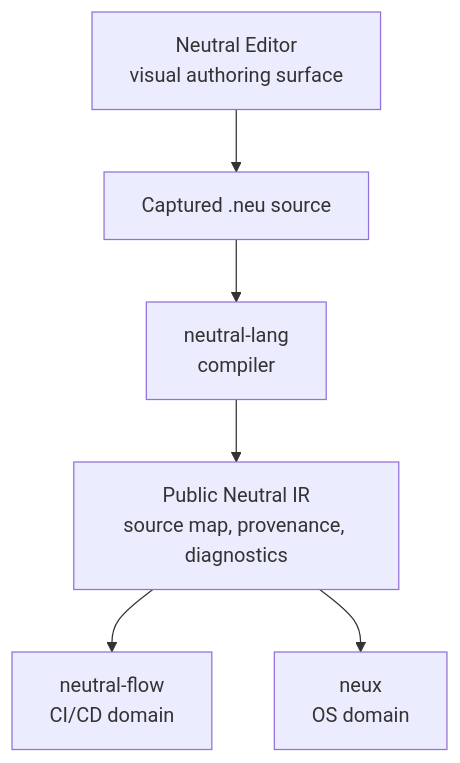
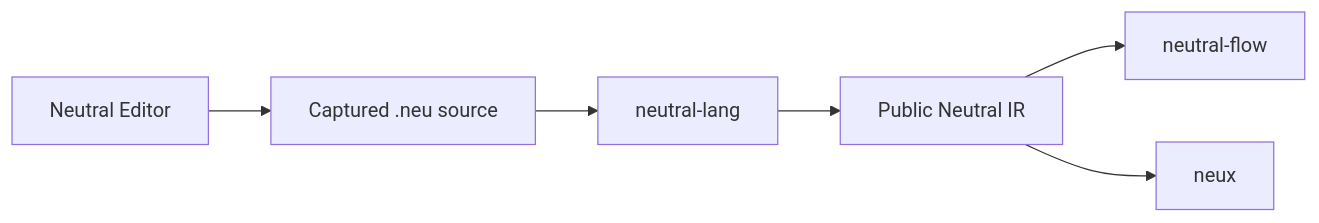
The diagram in README.md (neutral-ecosystem/neutral-roadmap), drawn with Mermaid before and after one commit. The commit also changed other lines of this file and 1 other file, not shown here.

````diff
--- a/README.md
+++ b/README.md
@@ -13,8 +37,8 @@
 ```mermaid
-flowchart TD
-    editor[Neutral Editor<br/>visual authoring surface] --> source[Captured .neu source]
-    source --> language[neutral-lang<br/>compiler]
-    language --> ir[Public Neutral IR<br/>source map, provenance, diagnostics]
-    ir --> flow[neutral-flow<br/>CI/CD domain]
-    ir --> neux[neux<br/>OS domain]
+flowchart LR
+    Editor[Neutral Editor] --> Source[Captured .neu source]
+    Source --> Language[neutral-lang]
+    Language --> IR[Public Neutral IR]
+    IR --> Flow[neutral-flow]
+    IR --> Neux[neux]
 ```
````
